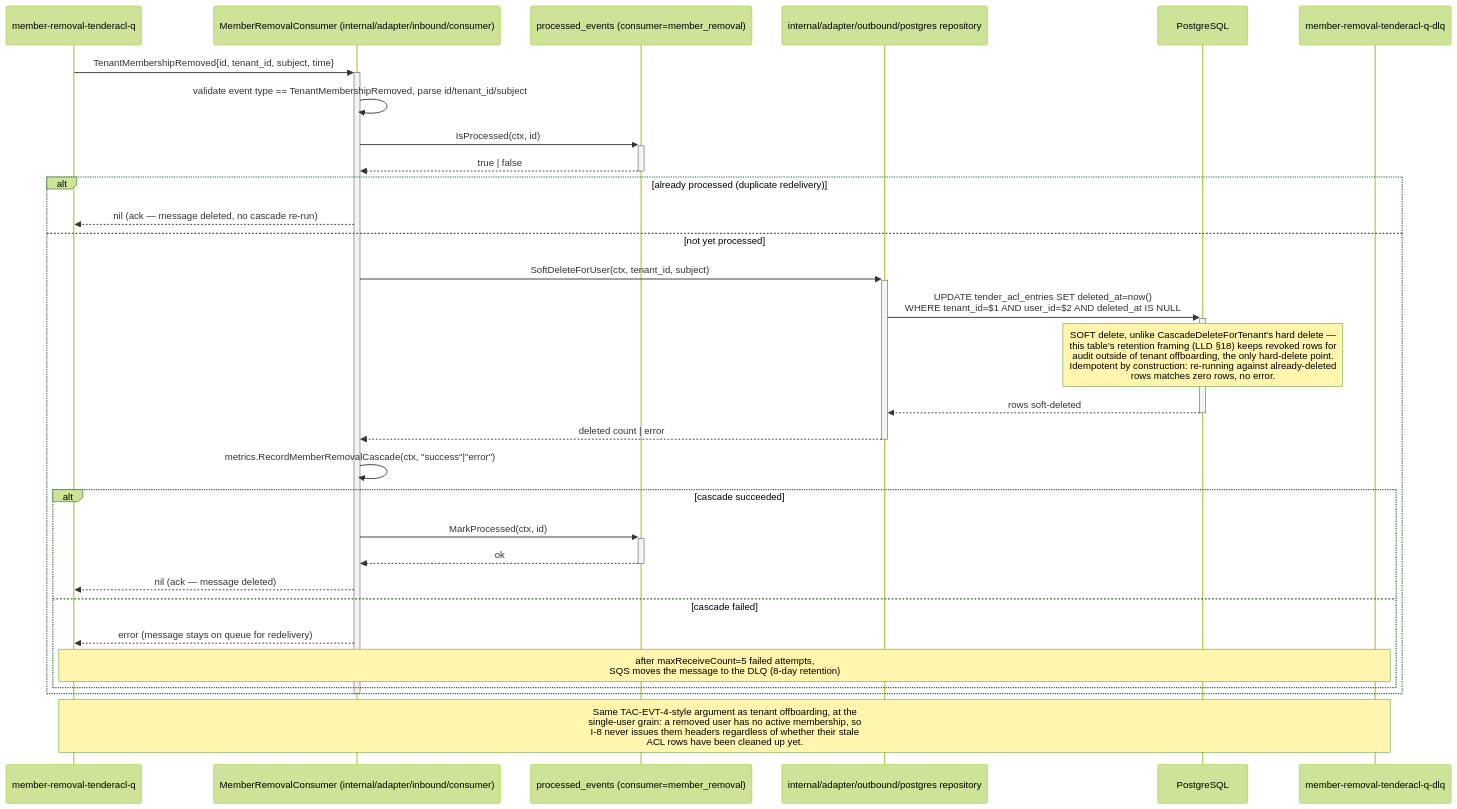
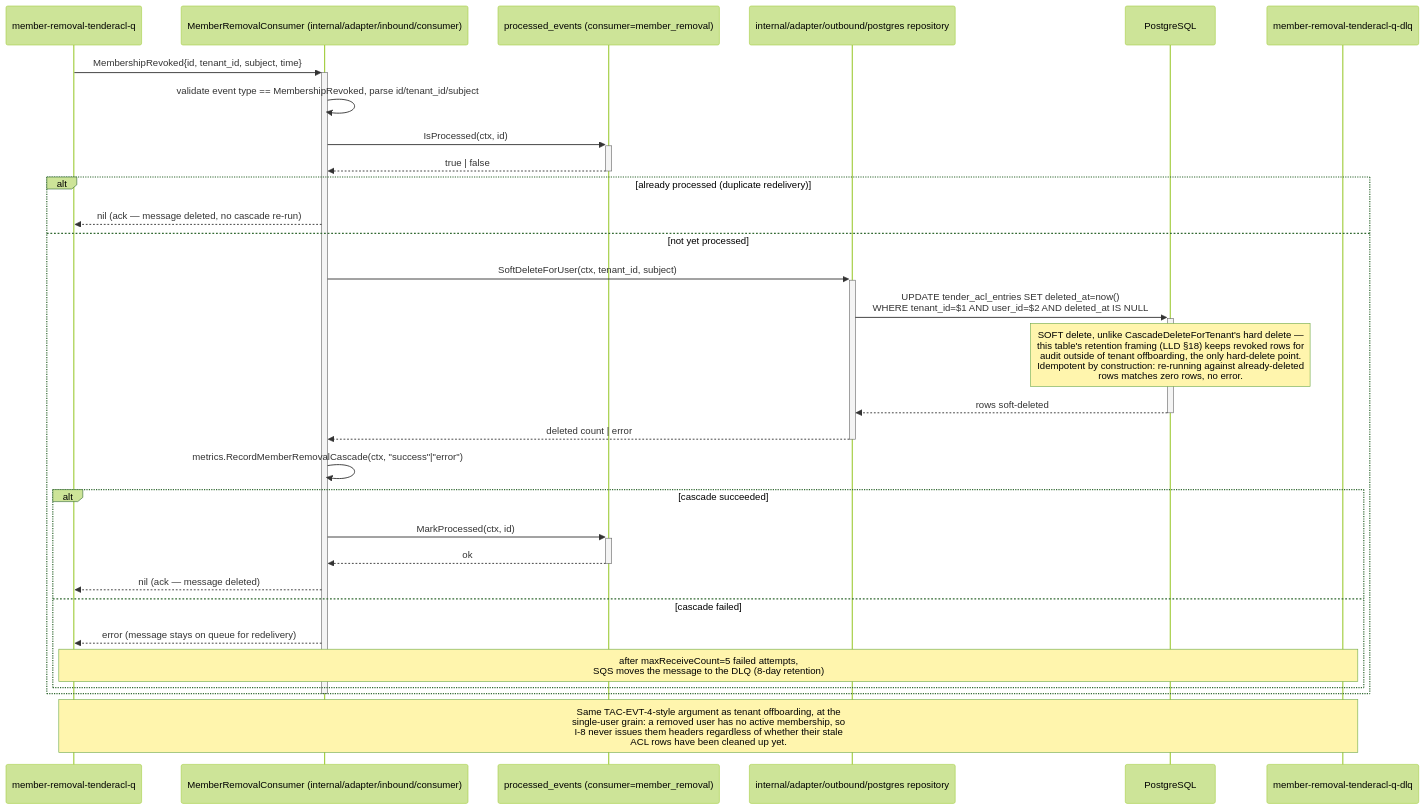
One commit to BCBP-SOLUTIONS-FZC-LLC/iam-tender-acl changed the fifth of 7 diagrams in ARCHITECTURE.md. Above: the diagram before and after it, drawn with Mermaid (forest theme). The commit also changed other lines of this file and 11 other files, not shown here.

First line of the commit message:
Align LLD/README/ARCHITECTURE/.claude docs with current event names and migration structure

````diff
--- a/ARCHITECTURE.md
+++ b/ARCHITECTURE.md
@@ -282,38 +282,38 @@
 ```mermaid
 sequenceDiagram
     participant SQS as member-removal-tenderacl-q
     participant C as MemberRemovalConsumer (internal/adapter/inbound/consumer)
     participant Idem as processed_events (consumer=member_removal)
     participant SVC as internal/adapter/outbound/postgres repository
     participant DB as PostgreSQL
     participant DLQ as member-removal-tenderacl-q-dlq
 
-    SQS ->>+ C: TenantMembershipRemoved{id, tenant_id, subject, time}
-    C ->> C: validate event type == TenantMembershipRemoved, parse id/tenant_id/subject
+    SQS ->>+ C: MembershipRevoked{id, tenant_id, subject, time}
+    C ->> C: validate event type == MembershipRevoked, parse id/tenant_id/subject
 
     C ->>+ Idem: IsProcessed(ctx, id)
     Idem -->>- C: true | false
 
     alt already processed (duplicate redelivery)
         C -->> SQS: nil (ack — message deleted, no cascade re-run)
     else not yet processed
         C ->>+ SVC: SoftDeleteForUser(ctx, tenant_id, subject)
         SVC ->>+ DB: UPDATE tender_acl_entries SET deleted_at=now()<br/>WHERE tenant_id=$1 AND user_id=$2 AND deleted_at IS NULL
         Note over DB: SOFT delete, unlike CascadeDeleteForTenant's hard delete —<br/>this table's retention framing (LLD §18) keeps revoked rows for<br/>audit outside of tenant offboarding, the only hard-delete point.<br/>Idempotent by construction: re-running against already-deleted<br/>rows matches zero rows, no error.
         DB -->>- SVC: rows soft-deleted
         SVC -->>- C: deleted count | error
         C ->> C: metrics.RecordMemberRemovalCascade(ctx, "success"|"error")
 
         alt cascade succeeded
             C ->>+ Idem: MarkProcessed(ctx, id)
             Idem -->>- C: ok
             C -->> SQS: nil (ack — message deleted)
         else cascade failed
             C -->> SQS: error (message stays on queue for redelivery)
             Note over SQS,DLQ: after maxReceiveCount=5 failed attempts,<br/>SQS moves the message to the DLQ (8-day retention)
         end
     end
     deactivate C
 
     Note over SQS,DLQ: Same TAC-EVT-4-style argument as tenant offboarding, at the<br/>single-user grain: a removed user has no active membership, so<br/>I-8 never issues them headers regardless of whether their stale<br/>ACL rows have been cleaned up yet.
 ```
````
